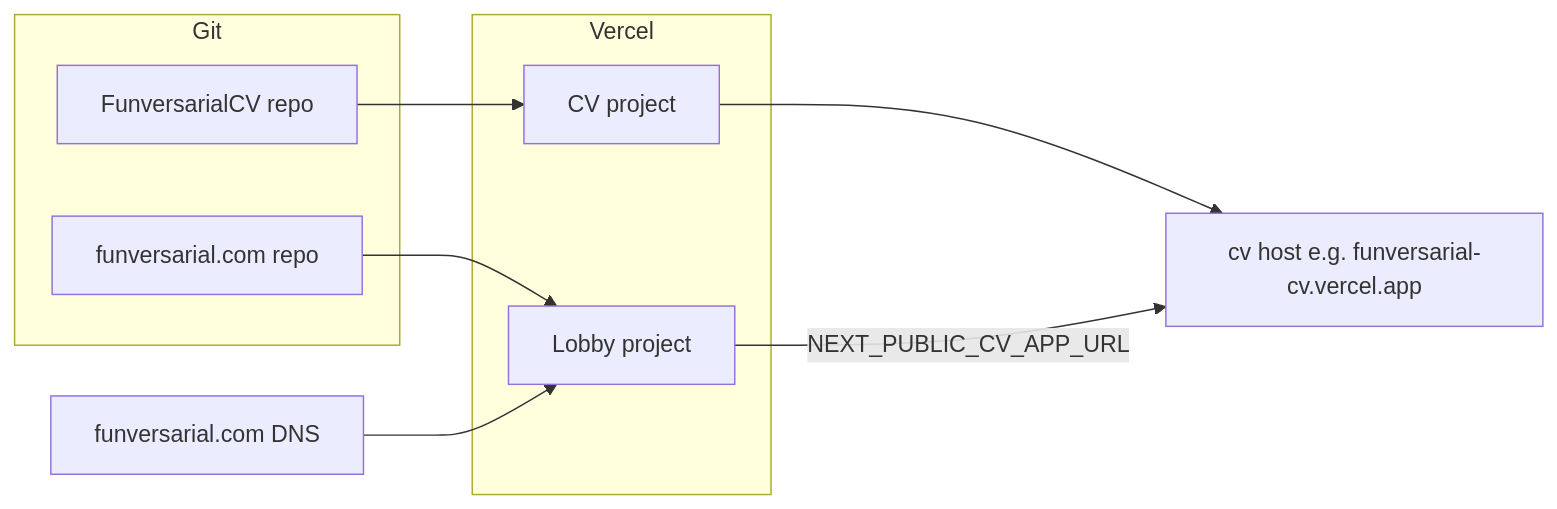
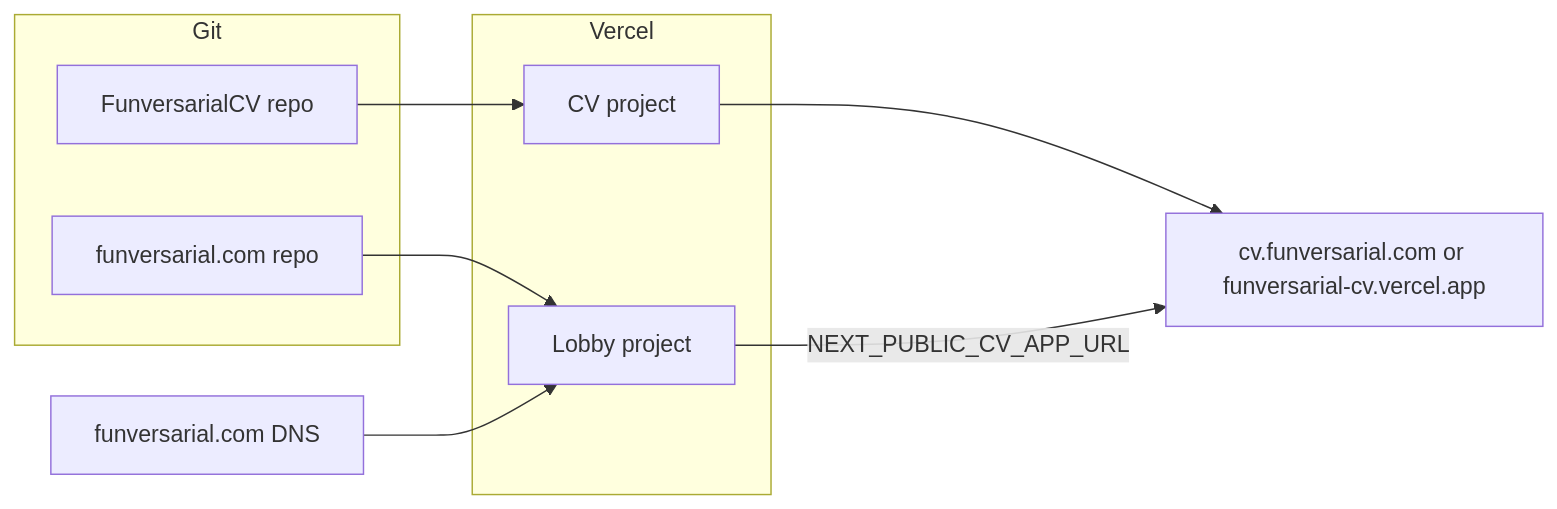
One commit to elroi/FunversarialCV changed the diagram in docs/FUNVERSARIAL_COM_PLAN.md. Above: the diagram before and after it, drawn with Mermaid. The commit also changed other lines of this file and 20 other files, not shown here.

````diff
--- a/docs/FUNVERSARIAL_COM_PLAN.md
+++ b/docs/FUNVERSARIAL_COM_PLAN.md
@@ -45,17 +45,17 @@
 ```mermaid
 flowchart LR
   subgraph repos [Git]
     LobbyRepo[funversarial.com repo]
     CVRepo[FunversarialCV repo]
   end
   subgraph vercel [Vercel]
     LobbyProj[Lobby project]
     CVProj[CV project]
   end
   LobbyRepo --> LobbyProj
   CVRepo --> CVProj
   DNS[funversarial.com DNS]
   DNS --> LobbyProj
-  CVProj --> cv_host[cv host e.g. funversarial-cv.vercel.app]
+  CVProj --> cv_host[cv.funversarial.com or funversarial-cv.vercel.app]
   LobbyProj -->|NEXT_PUBLIC_CV_APP_URL| cv_host
 ```
````
